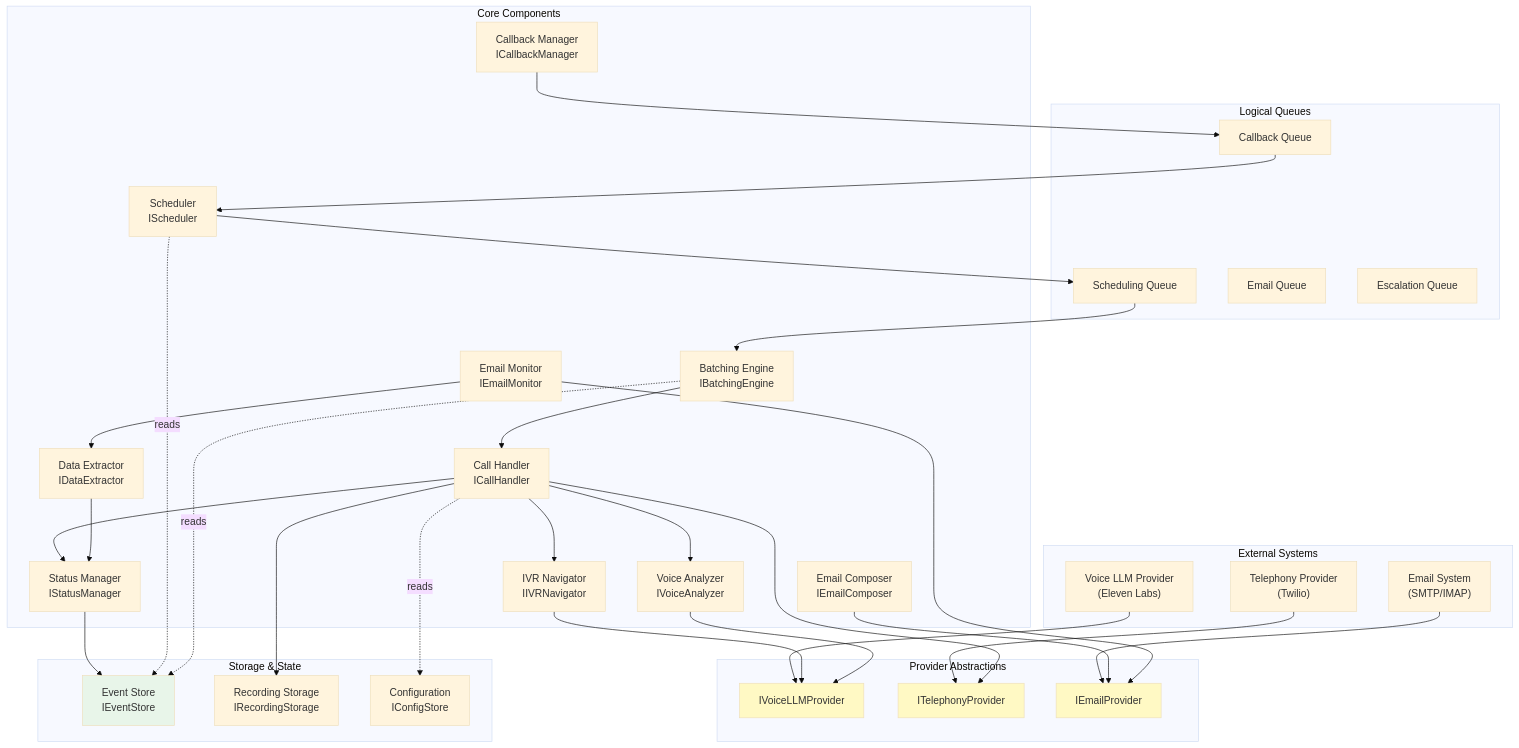
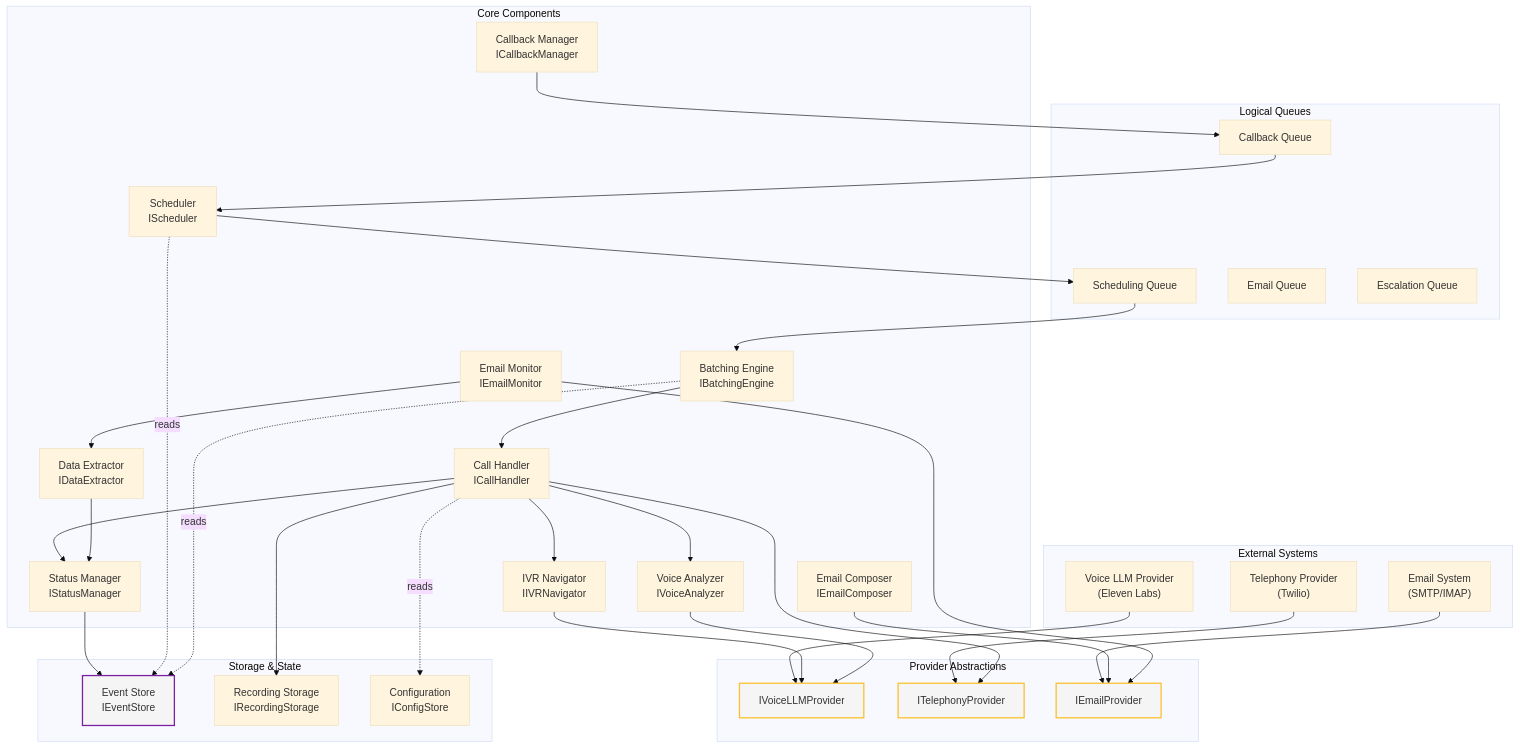
One commit to Org-for-Folio-AI/FolioAISpecs changed the first of 3 diagrams in design/Technical-Architecture-HLD.md. Above: the diagram before and after it, drawn with Mermaid (base theme). The commit also changed other lines of this file and 11 other files, not shown here.

First line of the commit message:
Update mermaid diagram colors for dark and light mode compatibility

````diff
--- a/design/Technical-Architecture-HLD.md
+++ b/design/Technical-Architecture-HLD.md
@@ -43,74 +43,74 @@
 ```mermaid
 graph TB
     subgraph External["External Systems"]
         VoiceLLM["Voice LLM Provider<br/>(Eleven Labs)"]
         Telephony["Telephony Provider<br/>(Twilio)"]
         EmailSys["Email System<br/>(SMTP/IMAP)"]
     end
 
     subgraph Abstractions["Provider Abstractions"]
         IVoiceLLM["IVoiceLLMProvider"]
         ITelephony["ITelephonyProvider"]
         IEmail["IEmailProvider"]
     end
 
     subgraph Core["Core Components"]
         Scheduler["Scheduler<br/>IScheduler"]
         Batcher["Batching Engine<br/>IBatchingEngine"]
         CallHandler["Call Handler<br/>ICallHandler"]
         IVRNav["IVR Navigator<br/>IIVRNavigator"]
         VoiceAnal["Voice Analyzer<br/>IVoiceAnalyzer"]
         EmailComp["Email Composer<br/>IEmailComposer"]
         EmailMon["Email Monitor<br/>IEmailMonitor"]
         DataExt["Data Extractor<br/>IDataExtractor"]
         CallbackMgr["Callback Manager<br/>ICallbackManager"]
         StatusMgr["Status Manager<br/>IStatusManager"]
     end
 
     subgraph Storage["Storage & State"]
         EventStore["Event Store<br/>IEventStore"]
         RecStore["Recording Storage<br/>IRecordingStorage"]
         ConfigStore["Configuration<br/>IConfigStore"]
     end
 
     subgraph Queues["Logical Queues"]
         SchedQ["Scheduling Queue"]
         CallbackQ["Callback Queue"]
         EmailQ["Email Queue"]
         EscalationQ["Escalation Queue"]
     end
 
     VoiceLLM --> IVoiceLLM
     Telephony --> ITelephony
     EmailSys --> IEmail
 
     Scheduler --> SchedQ
     SchedQ --> Batcher
     Batcher --> CallHandler
     CallHandler --> ITelephony
     CallHandler --> IVRNav
     CallHandler --> VoiceAnal
     IVRNav --> IVoiceLLM
     VoiceAnal --> IVoiceLLM
 
     CallHandler --> StatusMgr
     EmailComp --> IEmail
     EmailMon --> IEmail
     EmailMon --> DataExt
     DataExt --> StatusMgr
 
     CallbackMgr --> CallbackQ
     CallbackQ --> Scheduler
 
     StatusMgr --> EventStore
     CallHandler --> RecStore
 
     Scheduler -.reads.-> EventStore
     Batcher -.reads.-> EventStore
     CallHandler -.reads.-> ConfigStore
 
-    style EventStore fill:#e8f5e9
-    style IVoiceLLM fill:#fff9c4
-    style ITelephony fill:#fff9c4
-    style IEmail fill:#fff9c4
+    style EventStore stroke:#7b1fa2,fill:#f5f5f5,stroke-width:2px
+    style IVoiceLLM stroke:#fbc02d,fill:#f5f5f5,stroke-width:2px
+    style ITelephony stroke:#fbc02d,fill:#f5f5f5,stroke-width:2px
+    style IEmail stroke:#fbc02d,fill:#f5f5f5,stroke-width:2px
 ```
````
